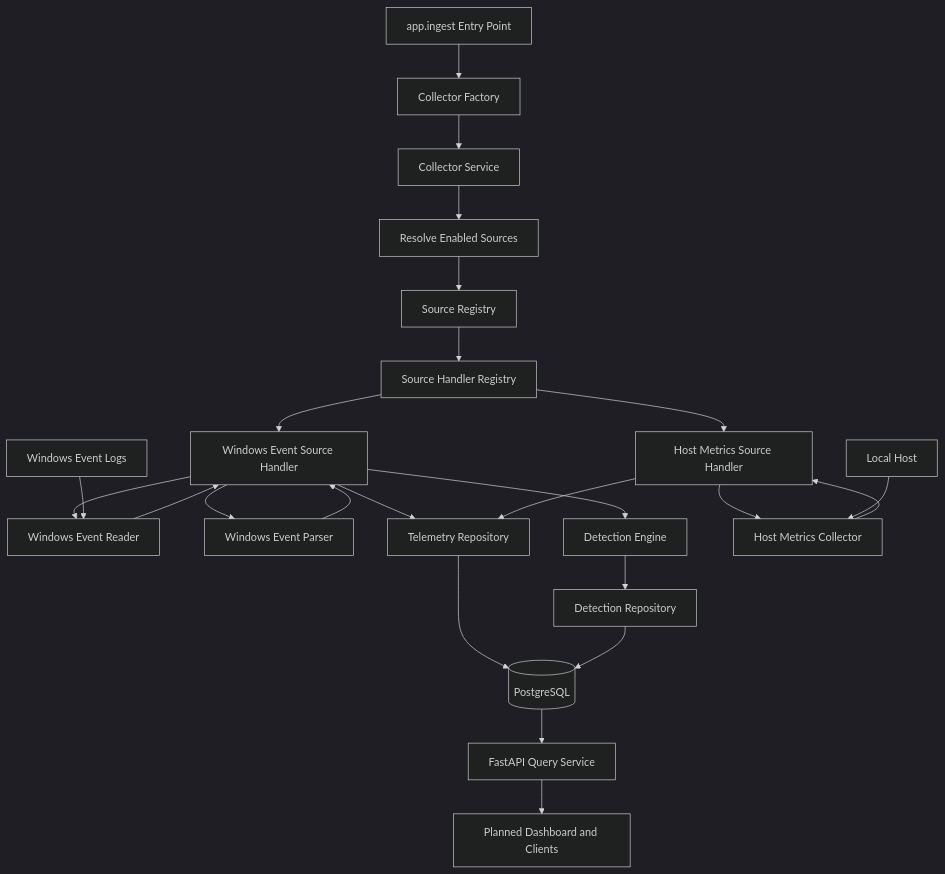
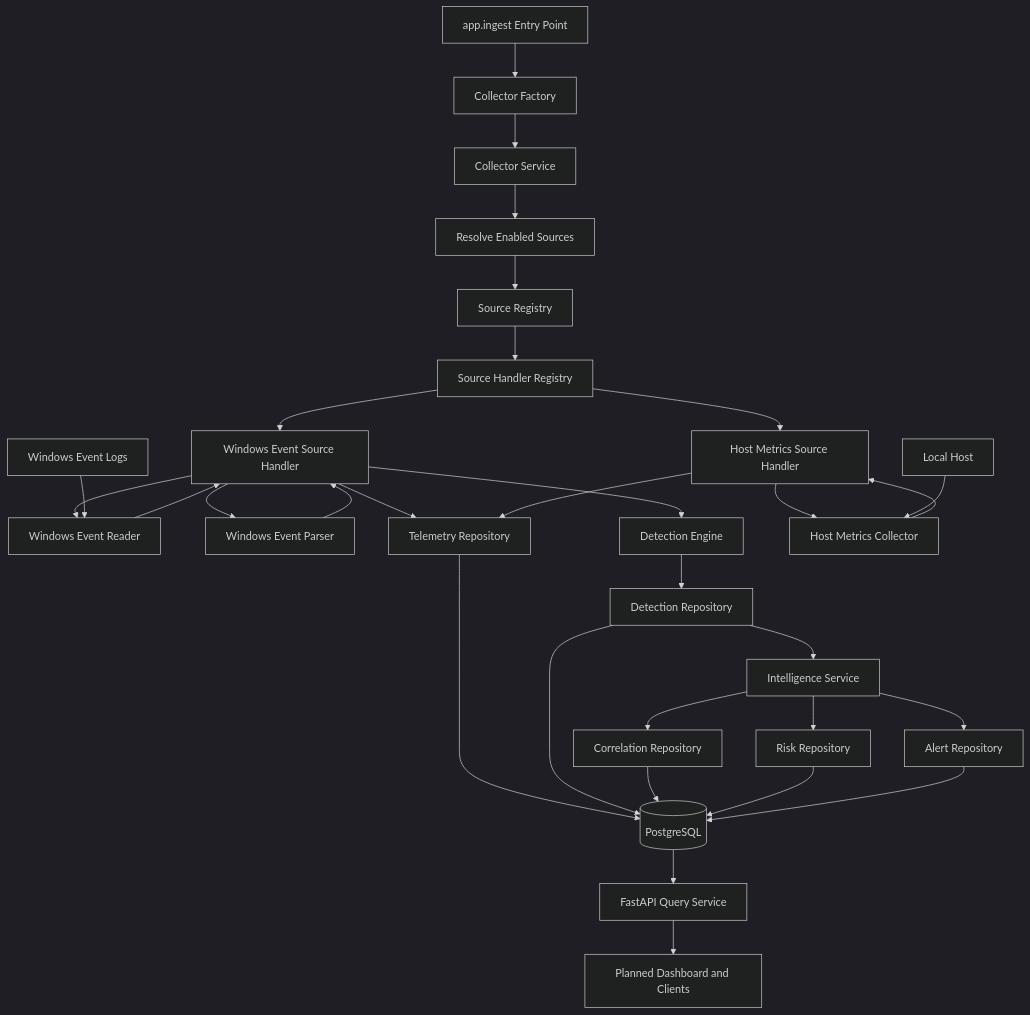
Before and after one commit to Hilliam1/Telemetry-Platform: the fifth of 23 diagrams in docs/01_System_Architecture.md, drawn with Mermaid (dark theme). The commit also changed other lines of this file and 31 other files, not shown here.

````diff
--- a/docs/01_System_Architecture.md
+++ b/docs/01_System_Architecture.md
@@ -223,31 +226,38 @@
 ```mermaid
 flowchart TD
  A[app.ingest Entry Point] --> B[Collector Factory]
  B --> C[Collector Service]
  C --> D[Resolve Enabled Sources]
  D --> E[Source Registry]
  E --> F[Source Handler Registry]
 
  F --> G[Windows Event Source Handler]
  F --> H[Host Metrics Source Handler]
 
  G --> I[Windows Event Reader]
  I --> G
  G --> J[Windows Event Parser]
  J --> G
  G --> K[Telemetry Repository]
  G --> R[Detection Engine]
  R --> S[Detection Repository]
+ S --> T[Intelligence Service]
+ T --> U[Correlation Repository]
+ T --> V[Risk Repository]
+ T --> W[Alert Repository]
 
  H --> L[Host Metrics Collector]
  L --> H
  H --> K
 
  K --> M[(PostgreSQL)]
  S --> M
+ U --> M
+ V --> M
+ W --> M
  M --> N[FastAPI Query Service]
  N --> O[Planned Dashboard and Clients]
 
  P[Windows Event Logs] --> I
  Q[Local Host] --> L
 ```
````
